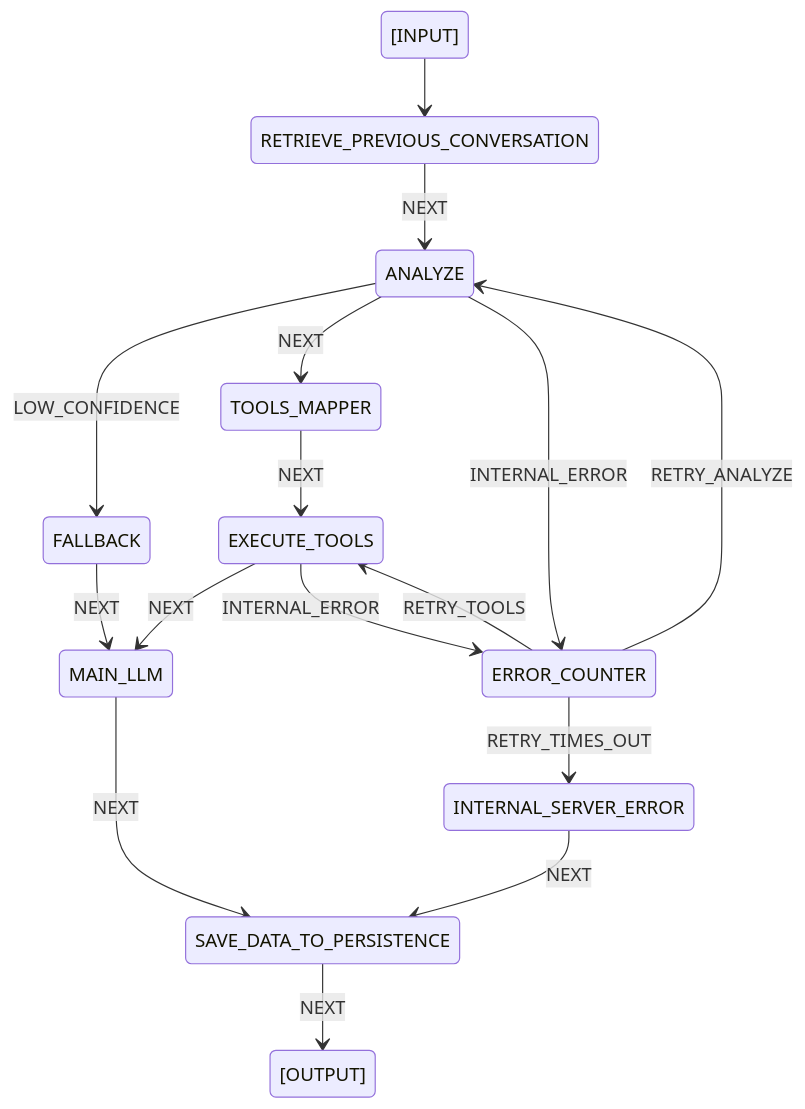
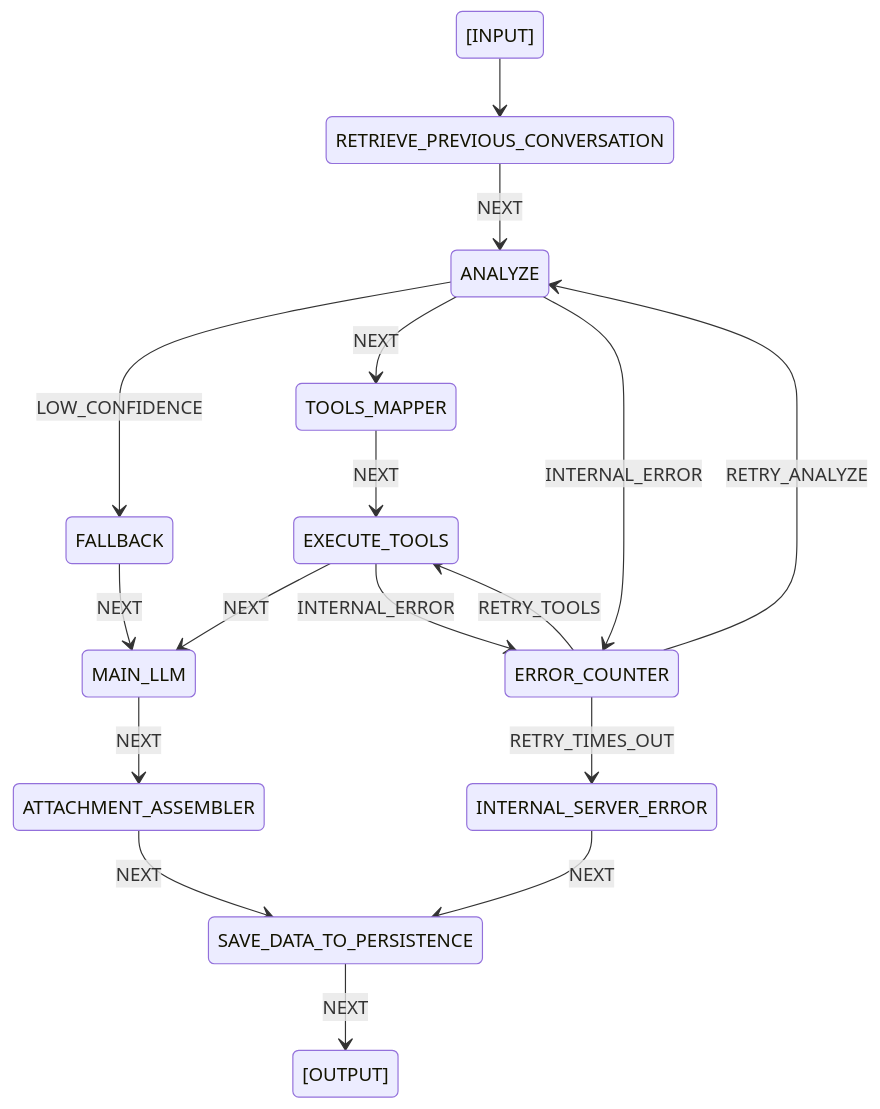
One commit to dralius97/covalve changed the diagram in README.md. Above: the diagram before and after it, drawn with Mermaid. The commit also changed other lines of this file and 7 other files, not shown here.

First line of the commit message:
feat(nodes)!: add native ATTACHMENT_ASSEMBLER node

````diff
--- a/README.md
+++ b/README.md
@@ -103,18 +103,19 @@
 ```mermaid
 stateDiagram-v2
 [INPUT] --> RETRIEVE_PREVIOUS_CONVERSATION
 RETRIEVE_PREVIOUS_CONVERSATION --> ANALYZE : NEXT
 ANALYZE --> FALLBACK : LOW_CONFIDENCE
 ANALYZE --> TOOLS_MAPPER : NEXT
 ANALYZE --> ERROR_COUNTER : INTERNAL_ERROR
 ERROR_COUNTER --> ANALYZE : RETRY_ANALYZE
 ERROR_COUNTER --> EXECUTE_TOOLS : RETRY_TOOLS
 ERROR_COUNTER --> INTERNAL_SERVER_ERROR : RETRY_TIMES_OUT
 TOOLS_MAPPER --> EXECUTE_TOOLS : NEXT
 EXECUTE_TOOLS --> MAIN_LLM : NEXT
 EXECUTE_TOOLS --> ERROR_COUNTER : INTERNAL_ERROR
 FALLBACK --> MAIN_LLM : NEXT
 INTERNAL_SERVER_ERROR --> SAVE_DATA_TO_PERSISTENCE : NEXT
-MAIN_LLM --> SAVE_DATA_TO_PERSISTENCE : NEXT
+MAIN_LLM --> ATTACHMENT_ASSEMBLER : NEXT
+ATTACHMENT_ASSEMBLER --> SAVE_DATA_TO_PERSISTENCE : NEXT
 SAVE_DATA_TO_PERSISTENCE --> [OUTPUT] : NEXT
 ```
````
